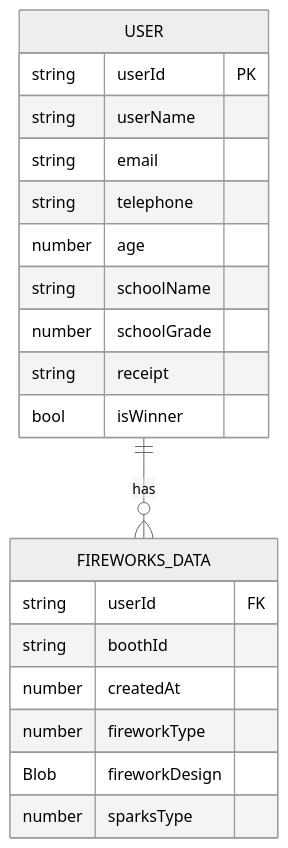
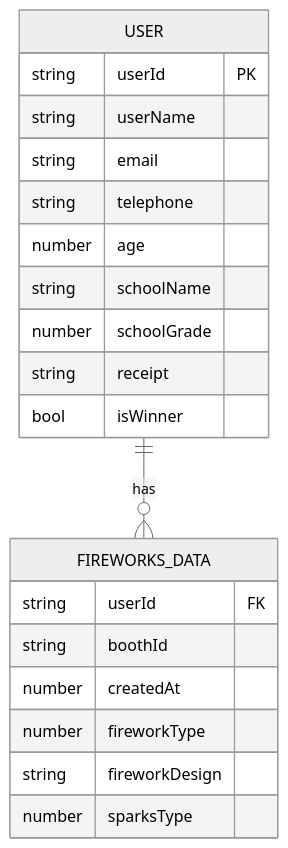
One commit to KSF2024/Documents changed the diagram in データ設計書.md. Above: the diagram before and after it, drawn with Mermaid (neutral theme). The commit also changed other lines of this file and 3 other files, not shown here.

````diff
--- a/データ設計書.md
+++ b/データ設計書.md
@@ -37,24 +37,24 @@
 ```mermaid
 erDiagram
     USER {
         string userId PK
         string userName
         string email
         string telephone
         number age
         string schoolName
         number schoolGrade
         string receipt
         bool isWinner
     }
     FIREWORKS_DATA {
         string userId FK
         string boothId
         number createdAt
         number fireworkType
-        Blob fireworkDesign
+        string fireworkDesign
         number sparksType
     }
     
     USER ||--o{ FIREWORKS_DATA : has
 ```
````
